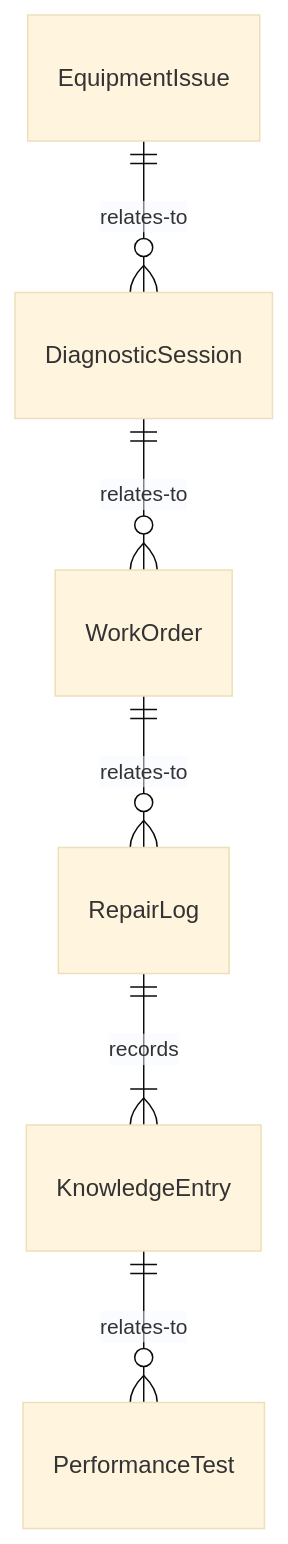
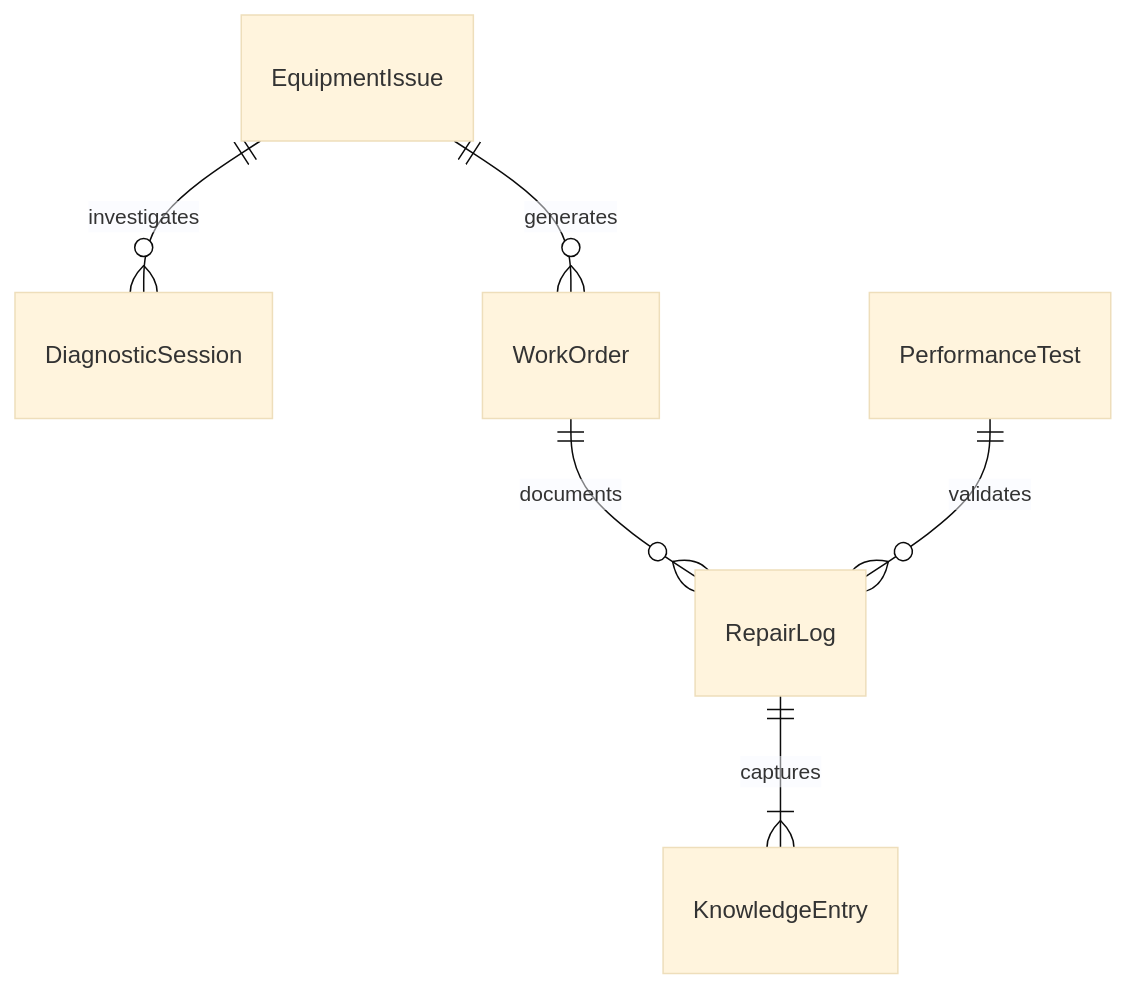
One commit to dot-org-ai/tasks.org.ai changed the first of 4 diagrams in CommunicatingWithSupervisorsPeersOrSubordinates/CoordinateWithOthersToResolveProblems/ConferCoworkersResolveEquipmentProblems.mdx. Above: the diagram before and after it, drawn with Mermaid (base theme). The commit also changed other lines of this file and 515 other files, not shown here.

````diff
--- a/CommunicatingWithSupervisorsPeersOrSubordinates/CoordinateWithOthersToResolveProblems/ConferCoworkersResolveEquipmentProblems.mdx
+++ b/CommunicatingWithSupervisorsPeersOrSubordinates/CoordinateWithOthersToResolveProblems/ConferCoworkersResolveEquipmentProblems.mdx
@@ -88,8 +88,8 @@
 ```mermaid
 erDiagram
-    EquipmentIssue ||--o{ DiagnosticSession : relates-to
-    DiagnosticSession ||--o{ WorkOrder : relates-to
-    WorkOrder ||--o{ RepairLog : relates-to
-    RepairLog ||--|{ KnowledgeEntry : records
-    KnowledgeEntry ||--o{ PerformanceTest : relates-to
+    EquipmentIssue ||--o{ DiagnosticSession : investigates
+    EquipmentIssue ||--o{ WorkOrder : generates
+    WorkOrder ||--o{ RepairLog : documents
+    RepairLog ||--|{ KnowledgeEntry : captures
+    PerformanceTest ||--o{ RepairLog : validates
 ```
````
